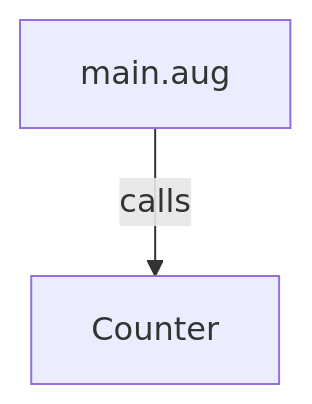
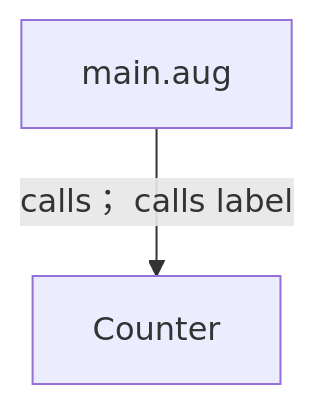
Before and after one commit to GreenPandaStudios/augscript: the first of 2 diagrams in docs/examples/visibility/main-diagrams.md, drawn with Mermaid. The commit also changed other lines of this file and 304 other files, not shown here.

Commit message:
Make generated data-flow sequences concise and review every diagram

````diff
--- a/docs/examples/visibility/main-diagrams.md
+++ b/docs/examples/visibility/main-diagrams.md
@@ -19,6 +19,6 @@
 ```mermaid
 flowchart TD
     n0["Counter"]
     n1["main.aug"]
-    n1 -->|"calls"| n0
+    n1 -->|"calls； calls label"| n0
 ```
````
